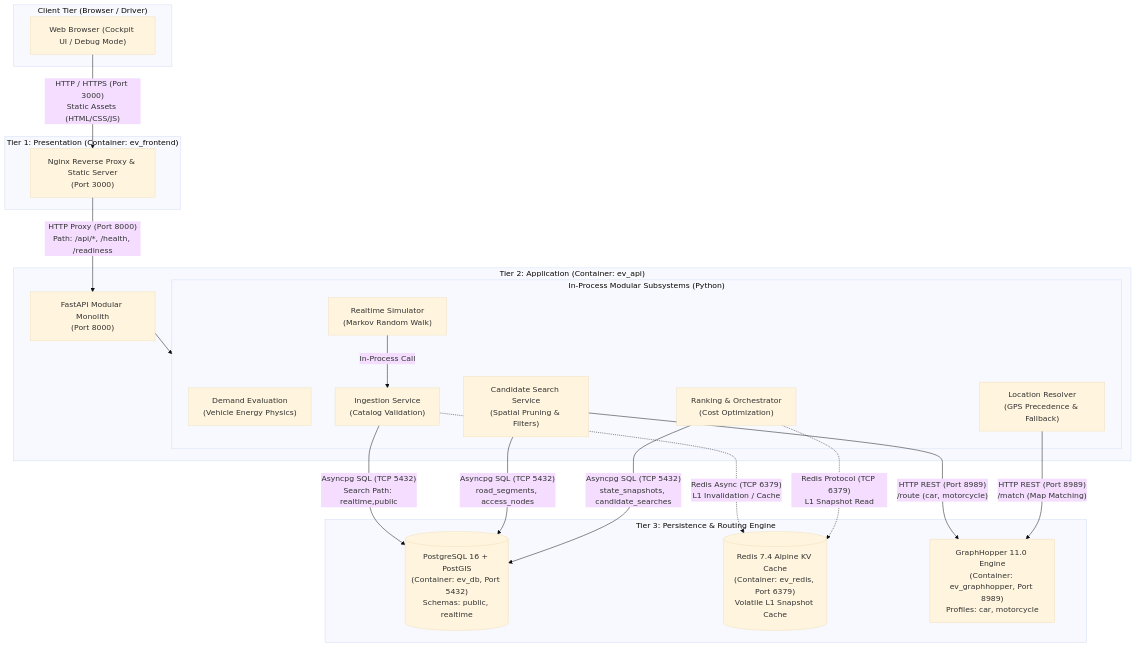
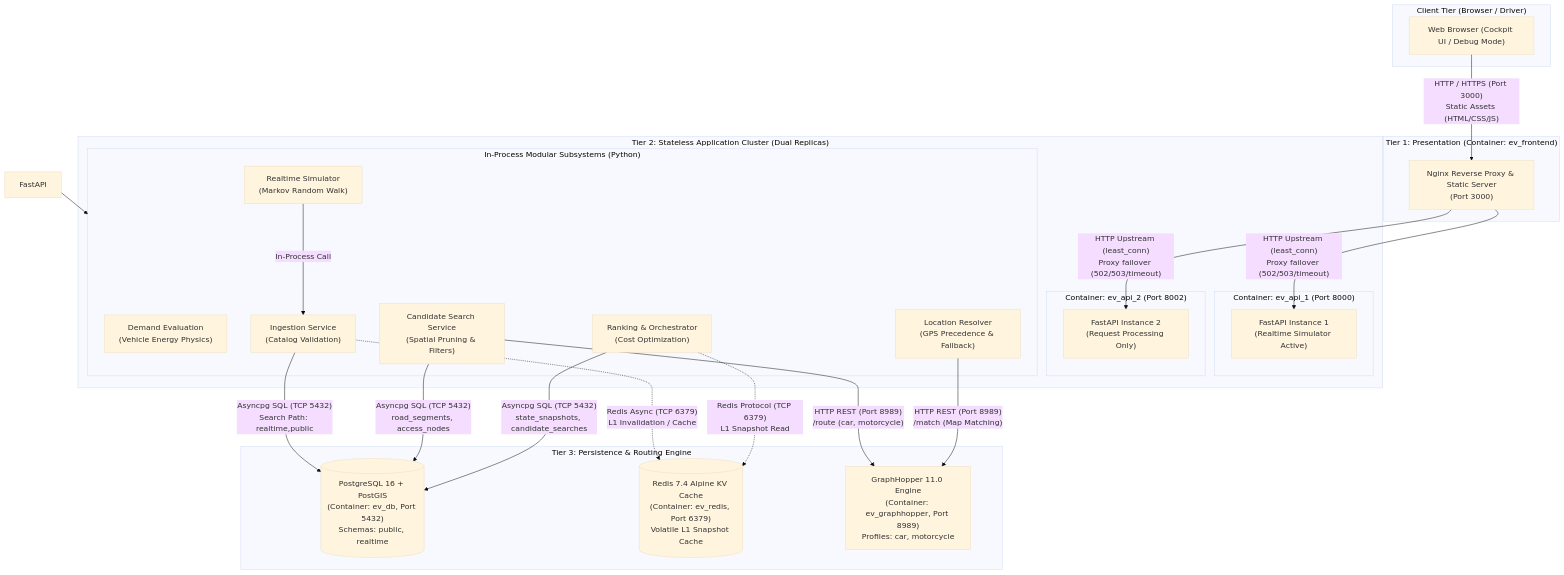
One commit to ninhhh1011/gsmvsf changed the first of 2 diagrams in docs/FINAL_ARCHITECTURE.md. Above: the diagram before and after it, drawn with Mermaid (base theme). The commit also changed other lines of this file and 15 other files, not shown here.

````diff
--- a/docs/FINAL_ARCHITECTURE.md
+++ b/docs/FINAL_ARCHITECTURE.md
@@ -28,45 +30,51 @@
 ```mermaid
 flowchart TD
     subgraph Client ["Client Tier (Browser / Driver)"]
         Browser["Web Browser (Cockpit UI / Debug Mode)"]
     end
 
     subgraph Tier1 ["Tier 1: Presentation (Container: ev_frontend)"]
         Nginx["Nginx Reverse Proxy & Static Server\n(Port 3000)"]
     end
 
-    subgraph Tier2 ["Tier 2: Application (Container: ev_api)"]
-        FastAPI["FastAPI Modular Monolith\n(Port 8000)"]
+    subgraph Tier2 ["Tier 2: Stateless Application Cluster (Dual Replicas)"]
+        subgraph Replica1 ["Container: ev_api_1 (Port 8000)"]
+            FastAPI1["FastAPI Instance 1\n(Realtime Simulator Active)"]
+        end
+        subgraph Replica2 ["Container: ev_api_2 (Port 8002)"]
+            FastAPI2["FastAPI Instance 2\n(Request Processing Only)"]
+        end
         
         subgraph InProcess ["In-Process Modular Subsystems (Python)"]
             Demand["Demand Evaluation\n(Vehicle Energy Physics)"]
             Candidate["Candidate Search Service\n(Spatial Pruning & Filters)"]
             Ranking["Ranking & Orchestrator\n(Cost Optimization)"]
             Location["Location Resolver\n(GPS Precedence & Fallback)"]
             Ingestion["Ingestion Service\n(Catalog Validation)"]
             Sim["Realtime Simulator\n(Markov Random Walk)"]
         end
     end
 
     subgraph Tier3 ["Tier 3: Persistence & Routing Engine"]
         Postgres[("PostgreSQL 16 + PostGIS\n(Container: ev_db, Port 5432)\nSchemas: public, realtime")]
         Redis[("Redis 7.4 Alpine KV Cache\n(Container: ev_redis, Port 6379)\nVolatile L1 Snapshot Cache")]
         GraphHopper["GraphHopper 11.0 Engine\n(Container: ev_graphhopper, Port 8989)\nProfiles: car, motorcycle"]
     end
 
     %% Communication Protocols
     Browser -->|"HTTP / HTTPS (Port 3000)\nStatic Assets (HTML/CSS/JS)"| Nginx
-    Nginx -->|"HTTP Proxy (Port 8000)\nPath: /api/*, /health, /readiness"| FastAPI
+    Nginx -->|"HTTP Upstream (least_conn)\nProxy failover (502/503/timeout)"| FastAPI1
+    Nginx -->|"HTTP Upstream (least_conn)\nProxy failover (502/503/timeout)"| FastAPI2
     
     FastAPI --> InProcess
     Sim -->|"In-Process Call"| Ingestion
     Ingestion -->|"Asyncpg SQL (TCP 5432)\nSearch Path: realtime,public"| Postgres
     Ingestion -.->|"Redis Async (TCP 6379)\nL1 Invalidation / Cache"| Redis
     
     Candidate -->|"Asyncpg SQL (TCP 5432)\nroad_segments, access_nodes"| Postgres
     Ranking -->|"Asyncpg SQL (TCP 5432)\nstate_snapshots, candidate_searches"| Postgres
     Ranking -.->|"Redis Protocol (TCP 6379)\nL1 Snapshot Read"| Redis
     
     Candidate -->|"HTTP REST (Port 8989)\n/route (car, motorcycle)"| GraphHopper
     Location -->|"HTTP REST (Port 8989)\n/match (Map Matching)"| GraphHopper
 ```
````
